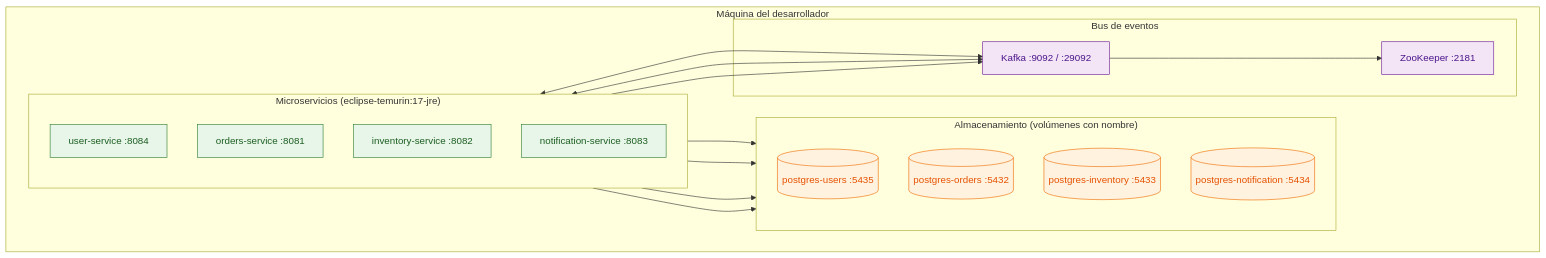
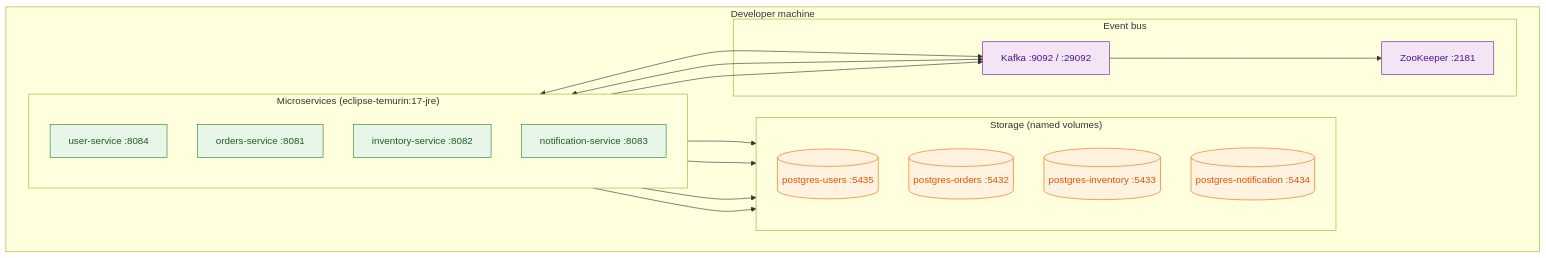
One commit to carlosgarcia-tech/order-flow changed the second of 31 diagrams in README.md. Above: the diagram before and after it, drawn with Mermaid. The commit also changed other lines of this file, not shown here.

````diff
--- a/README.md
+++ b/README.md
@@ -84,37 +84,37 @@
 ```mermaid
 flowchart TD
     classDef app fill:#e8f5e9,stroke:#2e7d32,color:#1b5e20
     classDef db fill:#fff3e0,stroke:#ef6c00,color:#e65100
     classDef bus fill:#f3e5f5,stroke:#6a1b9a,color:#4a148c
 
-    subgraph HOST["Máquina del desarrollador"]
+    subgraph HOST["Developer machine"]
         direction LR
-        subgraph APPS["Microservicios (eclipse-temurin:17-jre)"]
+        subgraph APPS["Microservices (eclipse-temurin:17-jre)"]
             direction TB
             US["user-service :8084"]:::app
             OS["orders-service :8081"]:::app
             IS["inventory-service :8082"]:::app
             NS["notification-service :8083"]:::app
         end
-        subgraph DATA["Almacenamiento (volúmenes con nombre)"]
+        subgraph DATA["Storage (named volumes)"]
             direction TB
             PU[("postgres-users :5435")]:::db
             PO[("postgres-orders :5432")]:::db
             PI[("postgres-inventory :5433")]:::db
             PN[("postgres-notification :5434")]:::db
         end
-        subgraph MQ["Bus de eventos"]
+        subgraph MQ["Event bus"]
             K["Kafka :9092 / :29092"]:::bus
             Z["ZooKeeper :2181"]:::bus
         end
     end
 
     US --> PU
     OS --> PO
     IS --> PI
     NS --> PN
     OS <--> K
     IS <--> K
     NS --> K
     K --> Z
 ```
````
